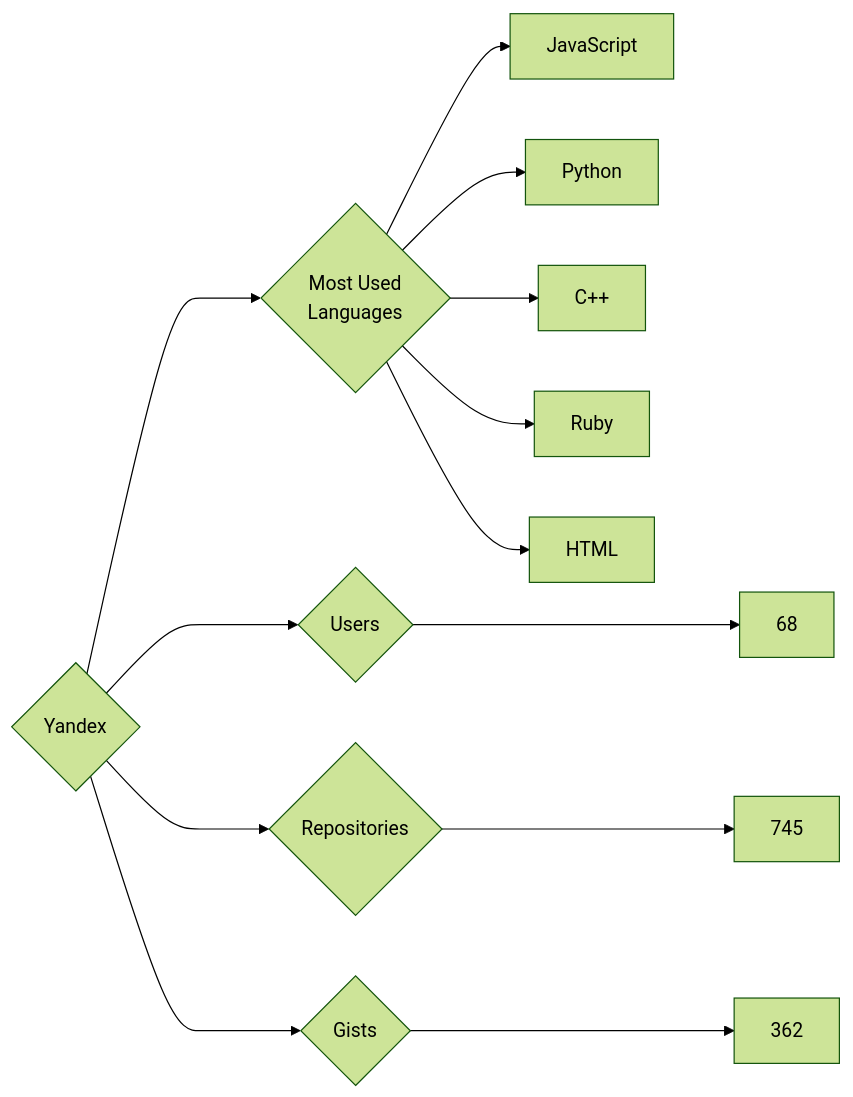
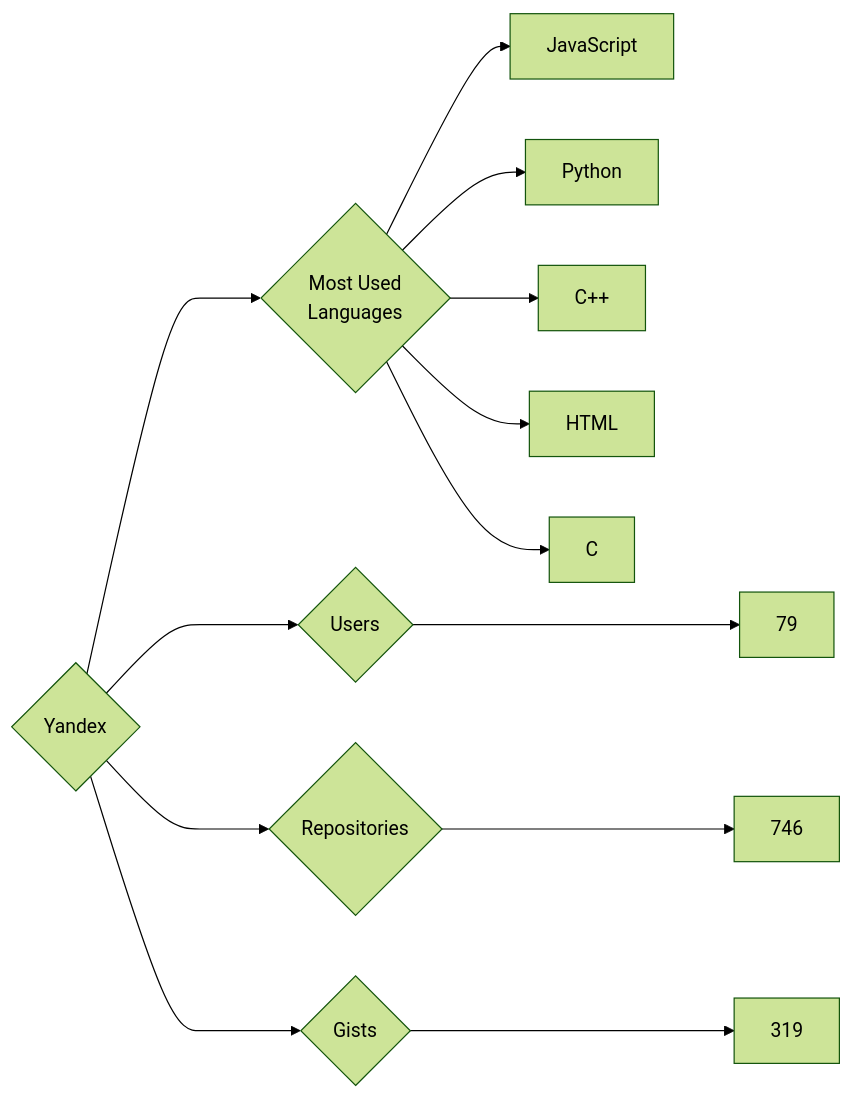
One commit to trickest/insiders changed the diagram in targets/Yandex/README.md. Above: the diagram before and after it, drawn with Mermaid (forest theme). The commit also changed 870 other files, not shown here.

````diff
--- a/targets/Yandex/README.md
+++ b/targets/Yandex/README.md
@@ -3,13 +3,13 @@
 ```mermaid
 graph LR
 COMPANY_NAME{Yandex}
-COMPANY_NAME ---> U{Users} ---> UN[68]
-COMPANY_NAME ---> R{Repositories} ---> RN[745]
-COMPANY_NAME ---> G{Gists} ---> GN[362]
+COMPANY_NAME ---> U{Users} ---> UN[79]
+COMPANY_NAME ---> R{Repositories} ---> RN[746]
+COMPANY_NAME ---> G{Gists} ---> GN[319]
 COMPANY_NAME ---> ML{Most Used<br>Languages}
 ML --> JavaScript[JavaScript]
 ML --> Python[Python]
 ML --> C++[C++]
-ML --> Ruby[Ruby]
 ML --> HTML[HTML]
+ML --> C[C]
 ```
````
